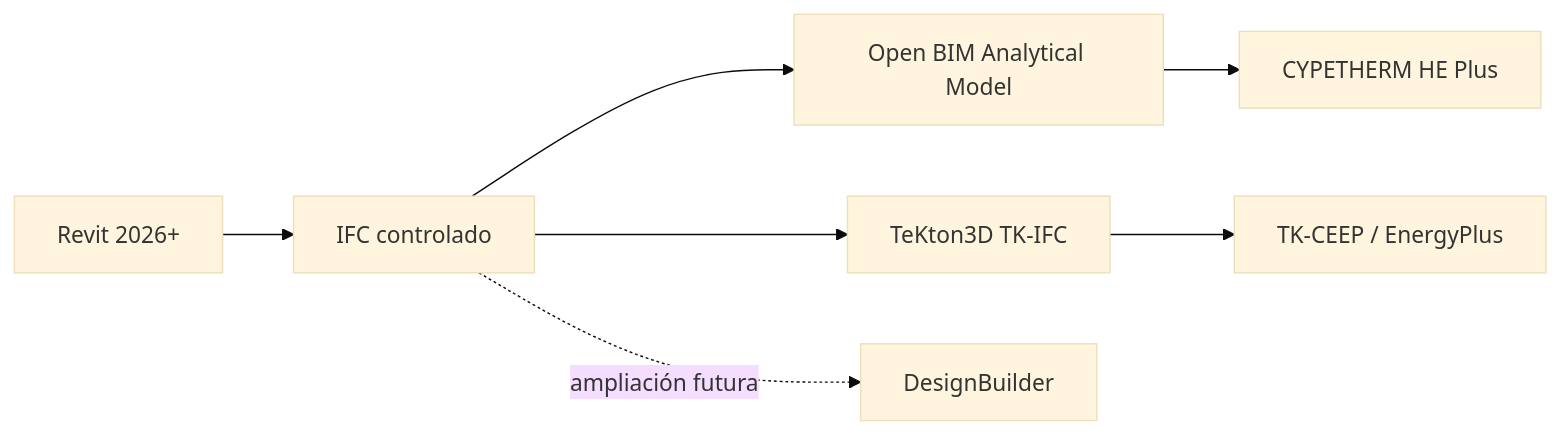
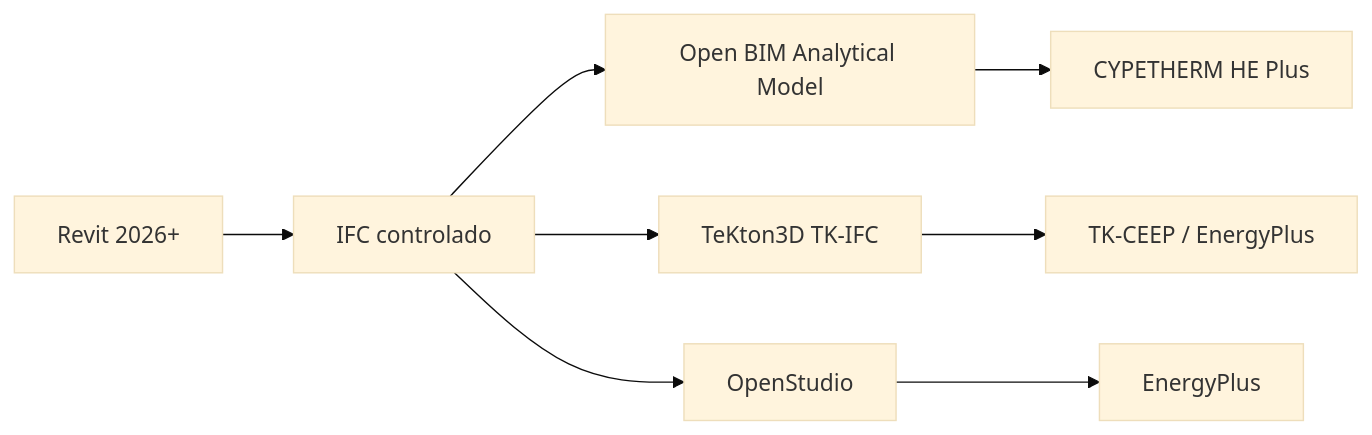
The diagram in docs/index.md (josezurera/GUIA-INTEROPERABILIDAD-BIM-MODELOS-ENERGETICOS), drawn with Mermaid (base theme) before and after one commit. The commit also changed 11 other files, not shown here.

Commit message:
Definir alcance de OpenStudio y EnergyPlus (BEM-53)

````diff
--- a/docs/index.md
+++ b/docs/index.md
@@ -14,9 +14,10 @@
 ```mermaid
 flowchart LR
     R["Revit 2026+"] --> I["IFC controlado"]
     I --> O["Open BIM Analytical Model"]
     O --> C["CYPETHERM HE Plus"]
     I --> T["TeKton3D TK-IFC"]
     T --> E["TK-CEEP / EnergyPlus"]
-    I -. ampliación futura .-> D["DesignBuilder"]
+    I --> OS["OpenStudio"]
+    OS --> EP["EnergyPlus"]
 ```
````
